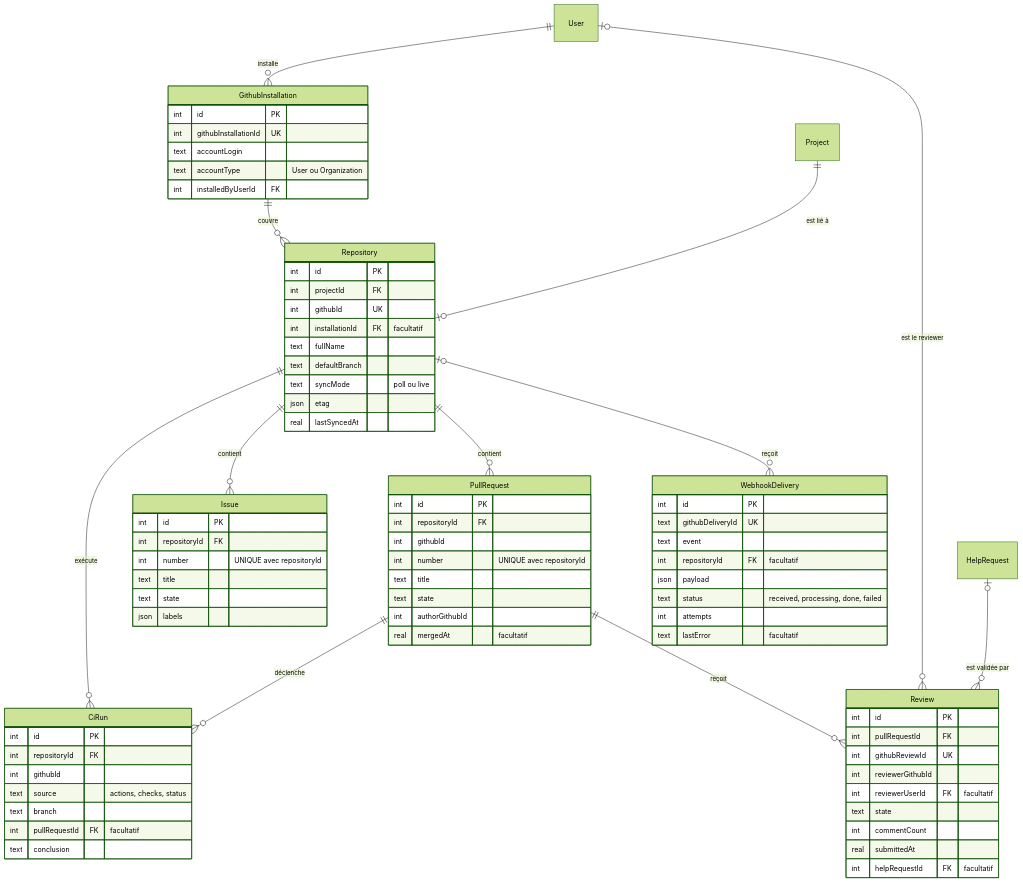
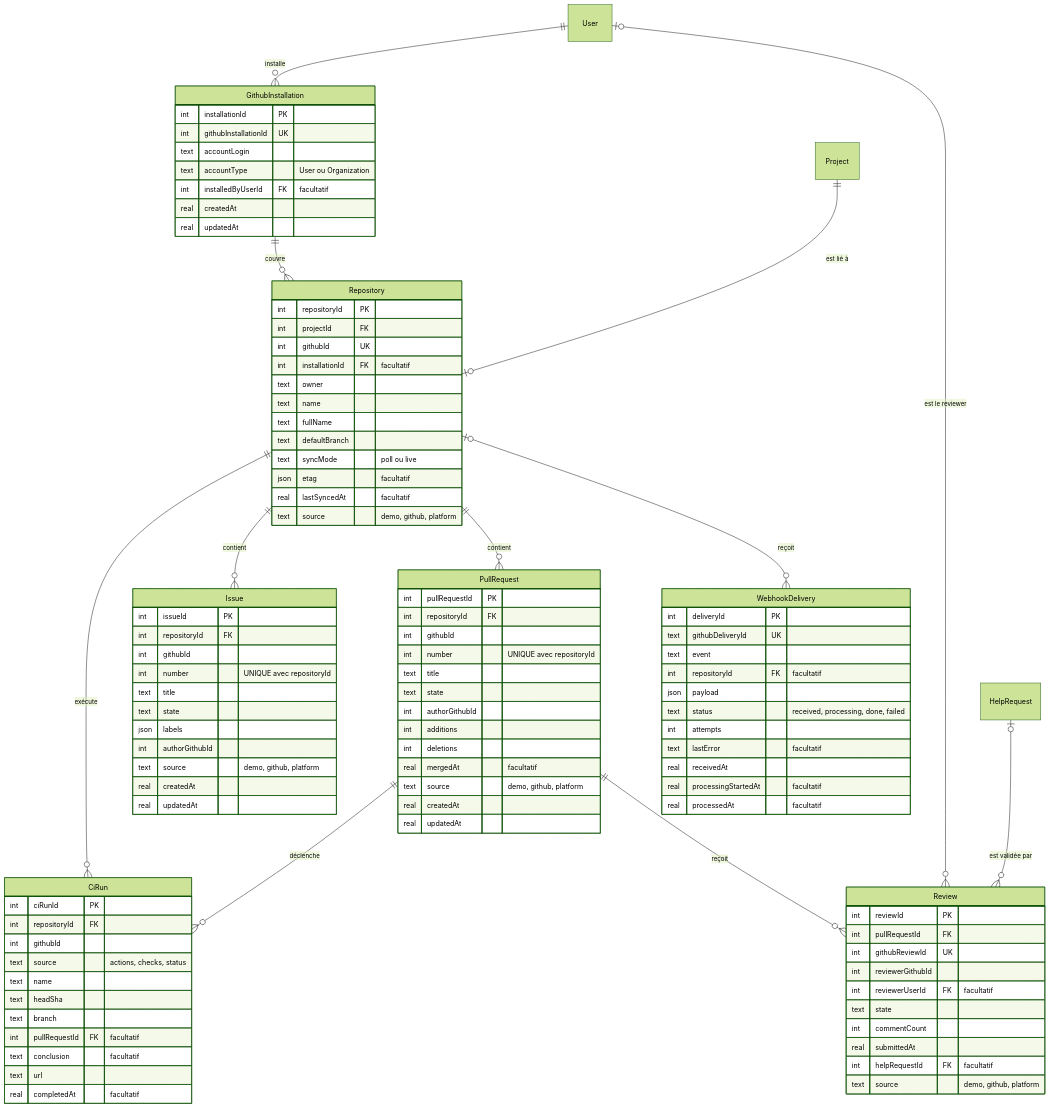
Before and after one commit to Mirak29/pamoja: the third of 15 diagrams in docs/modelisation/README.md, drawn with Mermaid (forest theme). The commit also changed other lines of this file, not shown here.

Commit message:
PAM-123 Align the entity diagrams with the schema

````diff
--- a/docs/modelisation/README.md
+++ b/docs/modelisation/README.md
@@ -144,43 +155,58 @@
   Repository |o--o{ WebhookDelivery : "reçoit"
 
   GithubInstallation {
-    int id PK
+    int installationId PK
     int githubInstallationId UK
     text accountLogin
     text accountType "User ou Organization"
-    int installedByUserId FK
+    int installedByUserId FK "facultatif"
+    real createdAt
+    real updatedAt
   }
   Repository {
-    int id PK
+    int repositoryId PK
     int projectId FK
     int githubId UK
     int installationId FK "facultatif"
+    text owner
+    text name
     text fullName
     text defaultBranch
     text syncMode "poll ou live"
-    json etag
-    real lastSyncedAt
+    json etag "facultatif"
+    real lastSyncedAt "facultatif"
+    text source "demo, github, platform"
   }
   PullRequest {
-    int id PK
+    int pullRequestId PK
     int repositoryId FK
     int githubId
     int number "UNIQUE avec repositoryId"
     text title
     text state
     int authorGithubId
+    int additions
+    int deletions
     real mergedAt "facultatif"
+    text source "demo, github, platform"
+    real createdAt
+    real updatedAt
   }
   Issue {
-    int id PK
+    int issueId PK
     int repositoryId FK
+    int githubId
     int number "UNIQUE avec repositoryId"
     text title
     text state
     json labels
+    int authorGithubId
+    text source "demo, github, platform"
+    real createdAt
+    real updatedAt
   }
   Review {
-    int id PK
+    int reviewId PK
     int pullRequestId FK
     int githubReviewId UK
     int reviewerGithubId
@@ -189,18 +215,23 @@
     int commentCount
     real submittedAt
     int helpRequestId FK "facultatif"
+    text source "demo, github, platform"
   }
   CiRun {
-    int id PK
+    int ciRunId PK
     int repositoryId FK
     int githubId
     text source "actions, checks, status"
+    text name
+    text headSha
     text branch
     int pullRequestId FK "facultatif"
-    text conclusion
+    text conclusion "facultatif"
+    text url
+    real completedAt "facultatif"
   }
   WebhookDelivery {
-    int id PK
+    int deliveryId PK
     text githubDeliveryId UK
     text event
     int repositoryId FK "facultatif"
@@ -208,5 +239,8 @@
     text status "received, processing, done, failed"
     int attempts
     text lastError "facultatif"
+    real receivedAt
+    real processingStartedAt "facultatif"
+    real processedAt "facultatif"
   }
 ```
````
